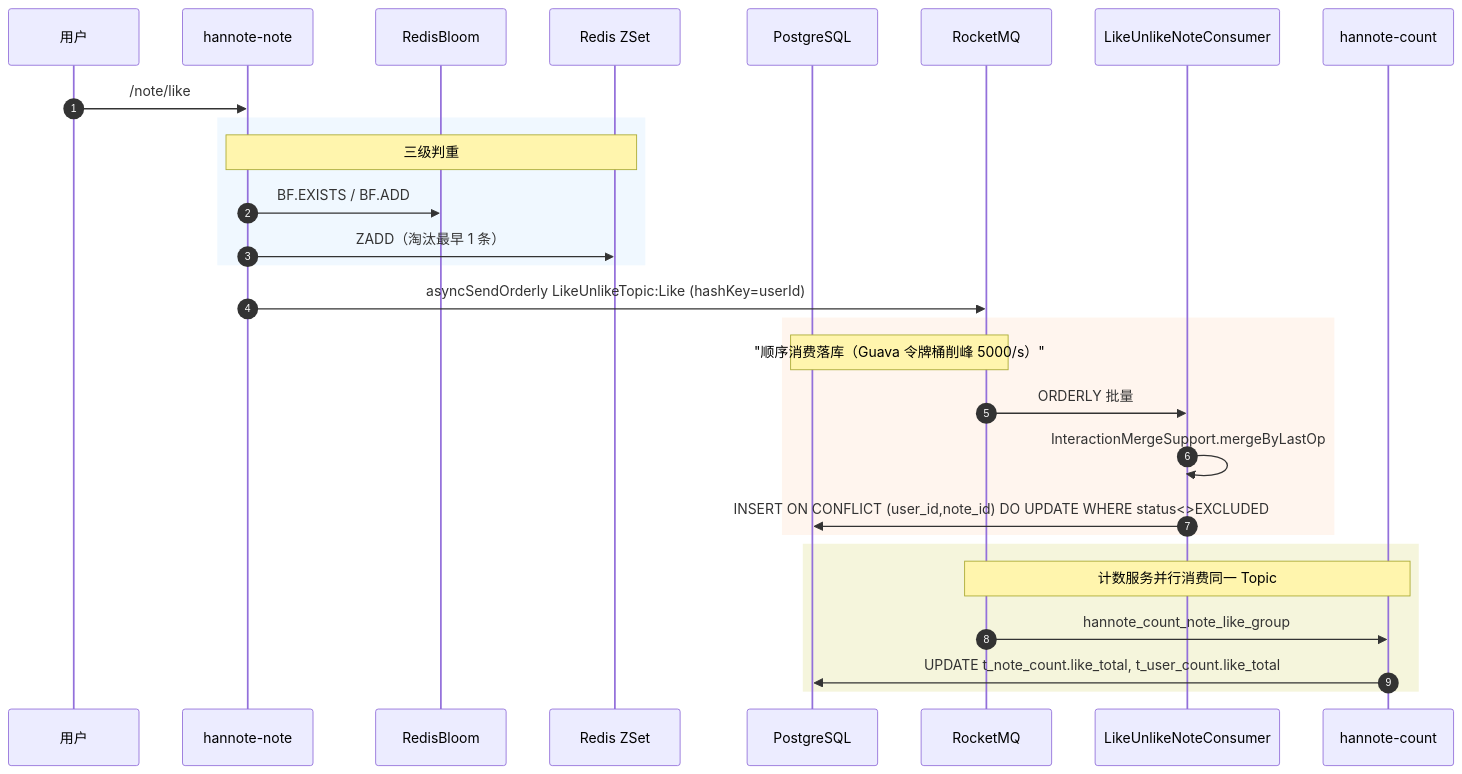
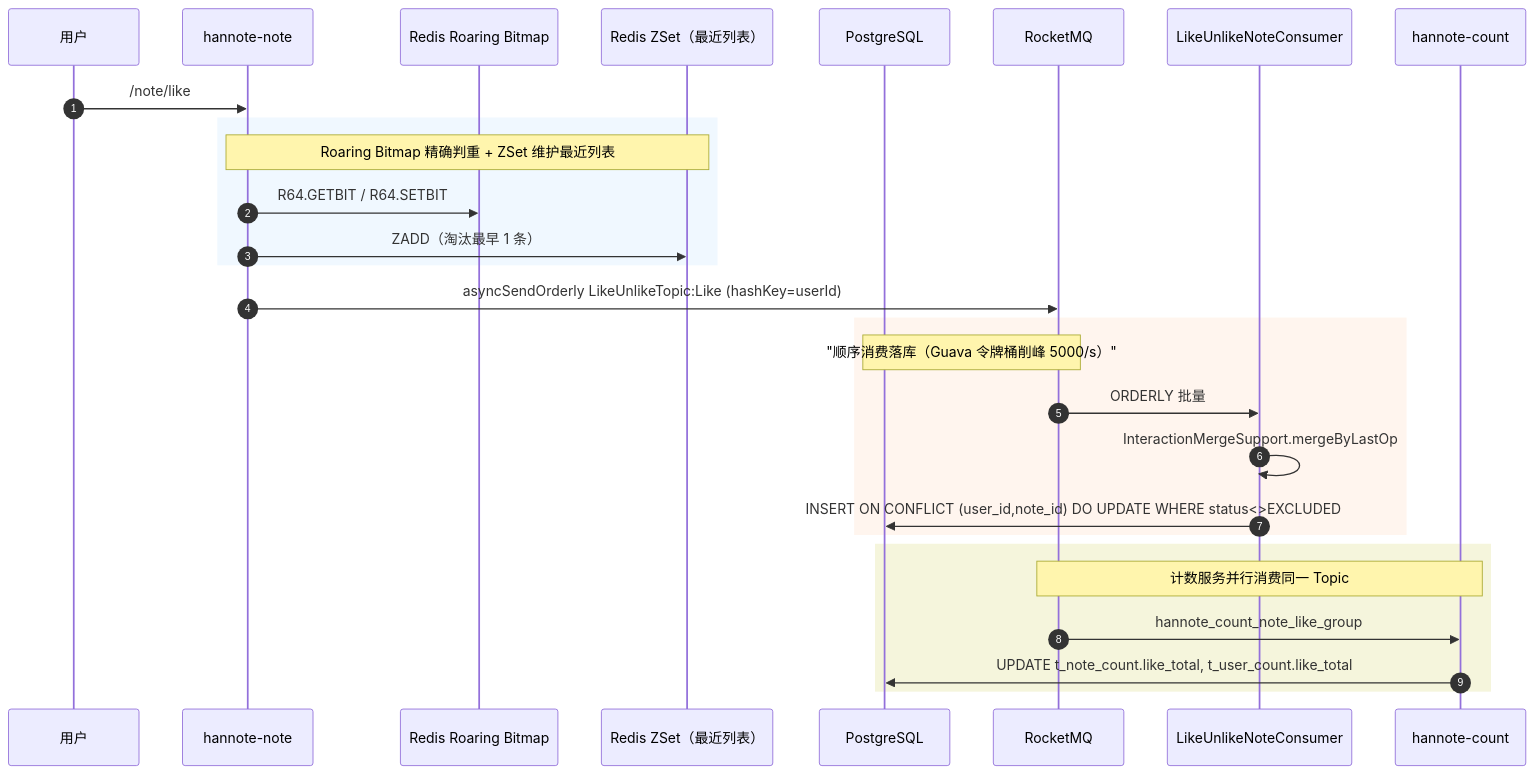
One commit to HLKX9178/han-note-2.0 changed the sixth of 7 diagrams in hannote-note/hannote-note-biz/DESIGN.md. Above: the diagram before and after it, drawn with Mermaid. The commit also changed other lines of this file and 3 other files, not shown here.

````diff
--- a/hannote-note/hannote-note-biz/DESIGN.md
+++ b/hannote-note/hannote-note-biz/DESIGN.md
@@ -595,33 +605,33 @@
 ```mermaid
 sequenceDiagram
     autonumber
     participant User as 用户
     participant NoteSvc as hannote-note
-    participant Bloom as RedisBloom
-    participant ZSet as Redis ZSet
+    participant RBitmap as Redis Roaring Bitmap
+    participant ZSet as Redis ZSet（最近列表）
     participant PG as PostgreSQL
     participant MQ as RocketMQ
     participant NoteConsumer as LikeUnlikeNoteConsumer
     participant CountConsumer as hannote-count
 
     User->>NoteSvc: /note/like
     rect rgb(240, 248, 255)
-        Note over NoteSvc, ZSet: 三级判重
-        NoteSvc->>Bloom: BF.EXISTS / BF.ADD
+        Note over NoteSvc, ZSet: Roaring Bitmap 精确判重 + ZSet 维护最近列表
+        NoteSvc->>RBitmap: R64.GETBIT / R64.SETBIT
         NoteSvc->>ZSet: ZADD（淘汰最早 1 条）
     end
     NoteSvc->>MQ: asyncSendOrderly LikeUnlikeTopic:Like (hashKey=userId)
 
     rect rgb(255, 245, 238)
         Note over MQ, PG: "顺序消费落库（Guava 令牌桶削峰 5000/s）"
         MQ->>NoteConsumer: ORDERLY 批量
         NoteConsumer->>NoteConsumer: InteractionMergeSupport.mergeByLastOp
         NoteConsumer->>PG: INSERT ON CONFLICT (user_id,note_id) DO UPDATE WHERE status<>EXCLUDED
     end
 
     rect rgb(245, 245, 220)
         Note over MQ, CountConsumer: 计数服务并行消费同一 Topic
         MQ->>CountConsumer: hannote_count_note_like_group
         CountConsumer->>PG: UPDATE t_note_count.like_total, t_user_count.like_total
     end
 ```
````
